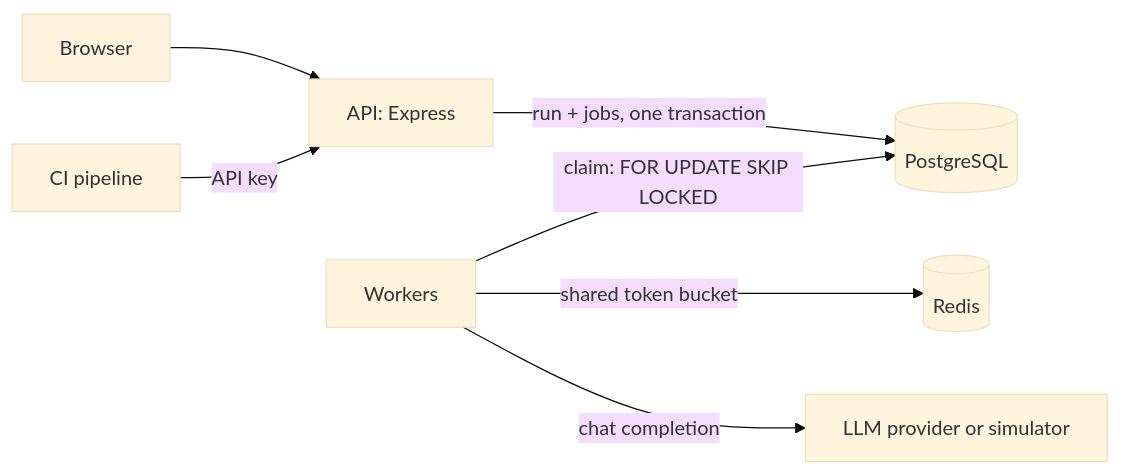
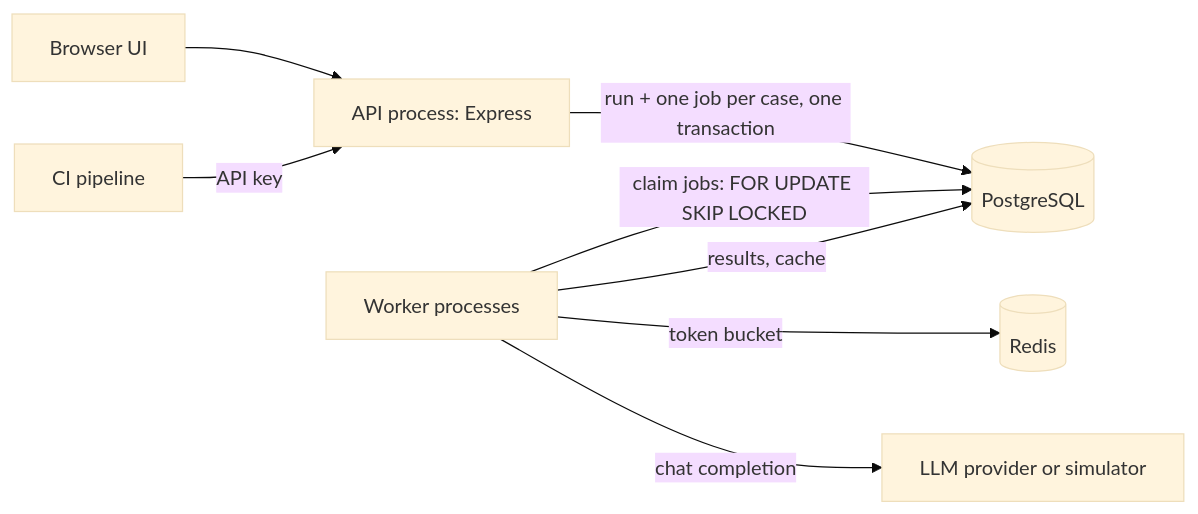
One commit to Ayush-o1/theRedArmy changed the diagram in README.md. Above: the diagram before and after it, drawn with Mermaid (base theme). The commit also changed other lines of this file, not shown here.

````diff
--- a/README.md
+++ b/README.md
@@ -31,9 +44,10 @@
 ```mermaid
 flowchart LR
-  UI[Browser] --> API[API: Express]
+  UI[Browser UI] --> API[API process: Express]
   CI[CI pipeline] -->|API key| API
-  API -->|run + jobs, one transaction| PG[(PostgreSQL)]
-  W[Workers] -->|claim: FOR UPDATE SKIP LOCKED| PG
-  W -->|shared token bucket| R[(Redis)]
+  API -->|run + one job per case, one transaction| PG[(PostgreSQL)]
+  W[Worker processes] -->|claim jobs: FOR UPDATE SKIP LOCKED| PG
+  W -->|token bucket| R[(Redis)]
   W -->|chat completion| LLM[LLM provider or simulator]
+  W -->|results, cache| PG
 ```
````
